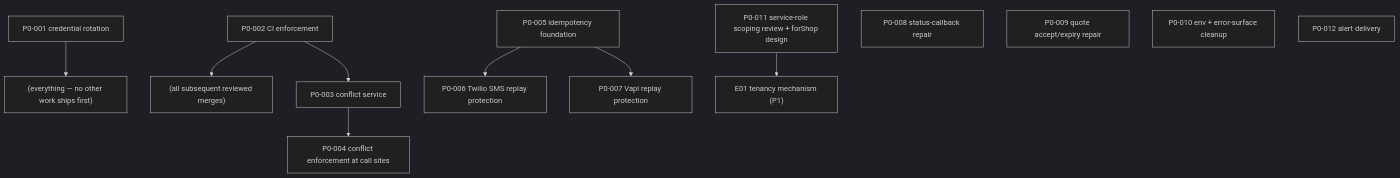
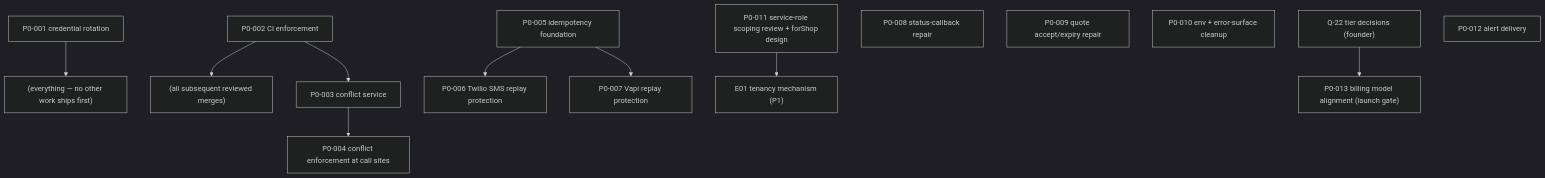
The first of 2 diagrams in docs/gradia-v2/program/dependency-map.md (trygradia-max/Gradia-ai-platform), drawn with Mermaid (dark theme) before and after one commit. The commit also changed other lines of this file and 34 other files, not shown here.

````diff
--- a/docs/gradia-v2/program/dependency-map.md
+++ b/docs/gradia-v2/program/dependency-map.md
@@ -7,14 +7,15 @@
 ```mermaid
 flowchart TD
     P0001["P0-001 credential rotation"] --> ALL["(everything — no other work ships first)"]
     P0002["P0-002 CI enforcement"] --> REVIEW["(all subsequent reviewed merges)"]
     P0002 --> P0003["P0-003 conflict service"]
     P0003 --> P0004["P0-004 conflict enforcement at call sites"]
     P0005["P0-005 idempotency foundation"] --> P0006["P0-006 Twilio SMS replay protection"]
     P0005 --> P0007["P0-007 Vapi replay protection"]
     P0011["P0-011 service-role scoping review + forShop design"] --> E01["E01 tenancy mechanism (P1)"]
     P0008["P0-008 status-callback repair"]
     P0009["P0-009 quote accept/expiry repair"]
     P0010["P0-010 env + error-surface cleanup"]
+    Q22["Q-22 tier decisions (founder)"] --> P0013["P0-013 billing model alignment (launch gate)"]
     P0012["P0-012 alert delivery"]
 ```
````
